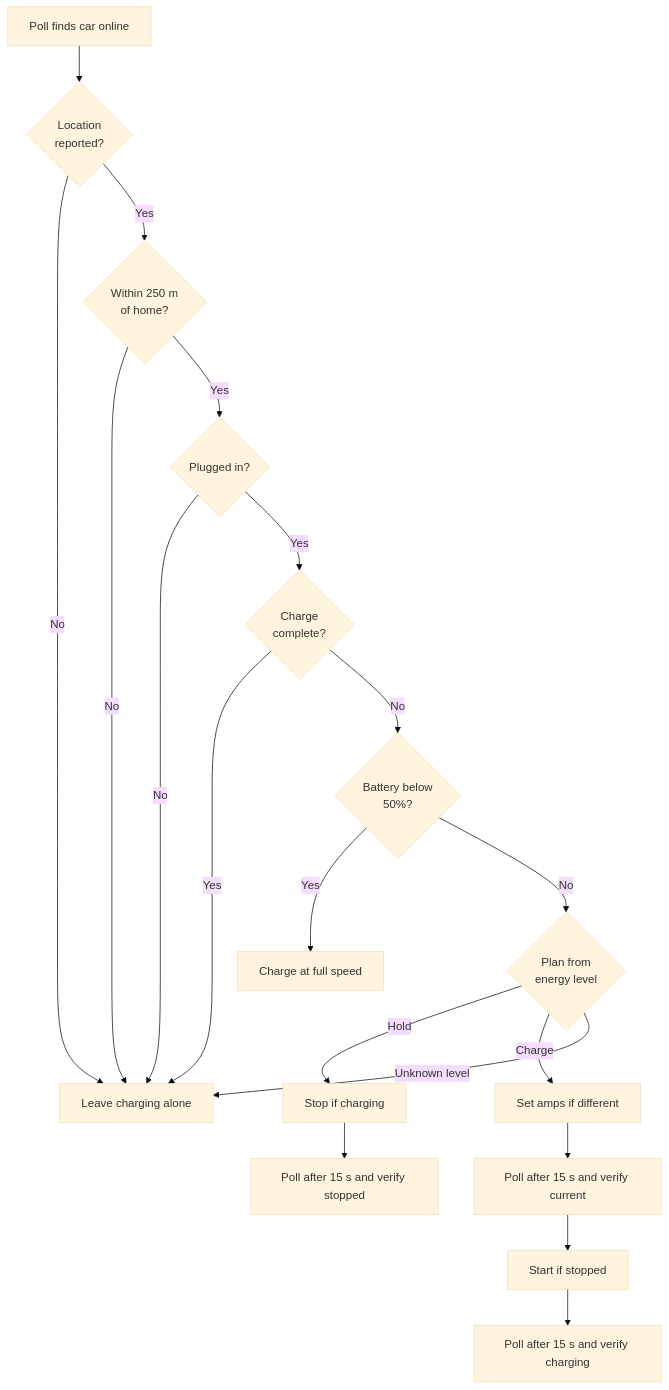
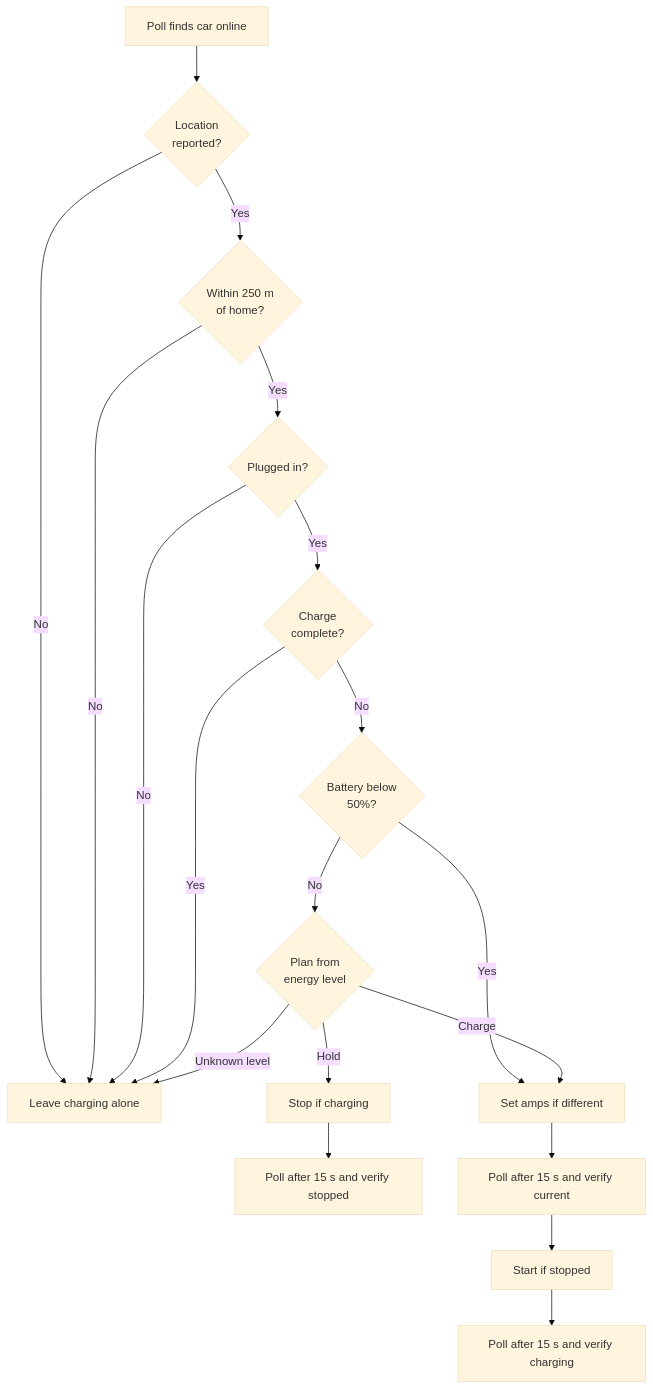
Before and after one commit to NickBorgers/home-automation: the first of 2 diagrams in docs/flows/TESLA_ENERGY_CHARGING.md, drawn with Mermaid (base theme).

Commit message:
docs: connect Tesla floor charging to verification

````diff
--- a/docs/flows/TESLA_ENERGY_CHARGING.md
+++ b/docs/flows/TESLA_ENERGY_CHARGING.md
@@ -28,21 +28,21 @@
 ```mermaid
 flowchart TD
     Poll[Poll finds car online] --> Loc{Location<br/>reported?}
     Loc -->|No| Leave[Leave charging alone]
     Loc -->|Yes| Home{Within 250 m<br/>of home?}
     Home -->|No| Leave
     Home -->|Yes| Plug{Plugged in?}
     Plug -->|No| Leave
     Plug -->|Yes| Full{Charge<br/>complete?}
     Full -->|Yes| Leave
     Full -->|No| Floor{Battery below<br/>50%?}
-    Floor -->|Yes| FullSpeed[Charge at full speed]
+    Floor -->|Yes| Amps
     Floor -->|No| Plan{Plan from<br/>energy level}
     Plan -->|Hold| Stop[Stop if charging]
     Stop --> Verify[Poll after 15 s and verify stopped]
     Plan -->|Charge| Amps[Set amps if different]
     Amps --> VerifyCharge[Poll after 15 s and verify current]
     VerifyCharge --> Start[Start if stopped]
     Start --> VerifyStart[Poll after 15 s and verify charging]
     Plan -->|Unknown level| Leave
 ```
````
